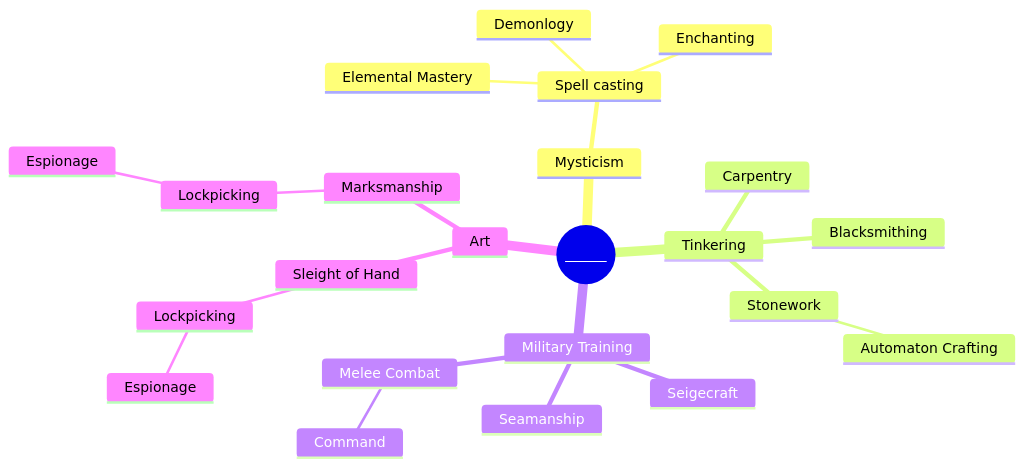
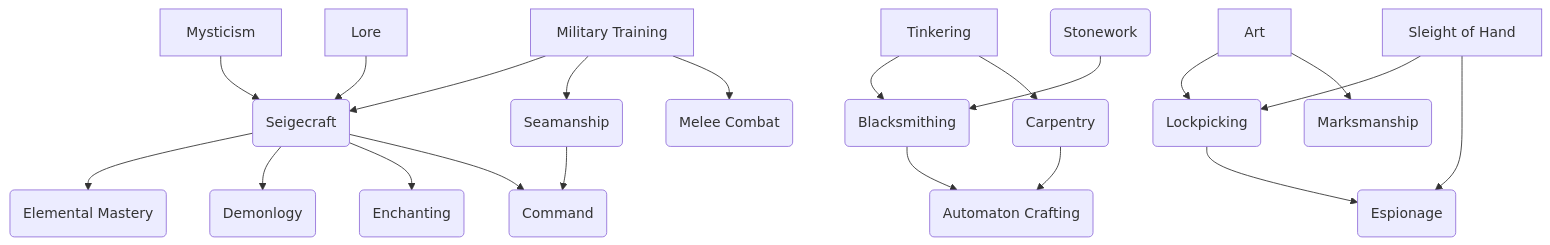
Before and after one commit to slipperydream/resonance: the diagram in skills.md, drawn with Mermaid.

Commit message:
Now as a flowchart

````diff
--- a/skills.md
+++ b/skills.md
@@ -1,26 +1,23 @@
 ```mermaid
-mindmap
-  root((______))
-    Mysticism 
-      Spell casting      
-        Elemental Mastery
-        Demonlogy
-        Enchanting
-    Tinkering 
-      Blacksmithing
-      Carpentry
-      Stonework
-        Automaton Crafting
-    Military Training 
-      Seigecraft 
-      Seamanship
-      Melee Combat
-        Command
-    Art
-      Sleight of Hand
-        Lockpicking
-           Espionage
-      Marksmanship
-        Lockpicking
-           Espionage
+flowchart TD
+   M["Mysticism"] --> SC("Spell Casting")
+   L["Lore"] --> SC
+   SC --> EM("Elemental Mastery")
+   SC --> D("Demonlogy")
+   SC --> En("Enchanting")
+   T["Tinkering"] --> B("Blacksmithing")
+   T --> C("Carpentry")
+   St("Stonework") --> B
+   C --> AC("Automaton Crafting")
+   B --> AC
+   MT["Military Training"] --> SC("Seigecraft")
+   MT --> SM("Seamanship")
+   MT --> MC("Melee Combat")
+   SM --> CO("Command")
+   SC --> CO("Command")
+   A["Art"] --> LP("Lockpicking")
+   SH["Sleight of Hand"] --> LP
+   SH --> ES("Espionage")
+   LP --> ES("Espionage")
+   A --> MM("Marksmanship")
 ```
````
